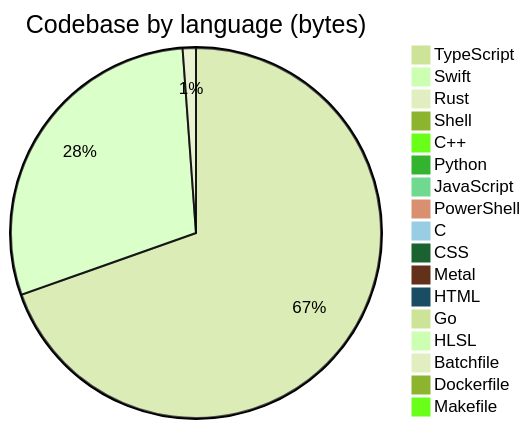
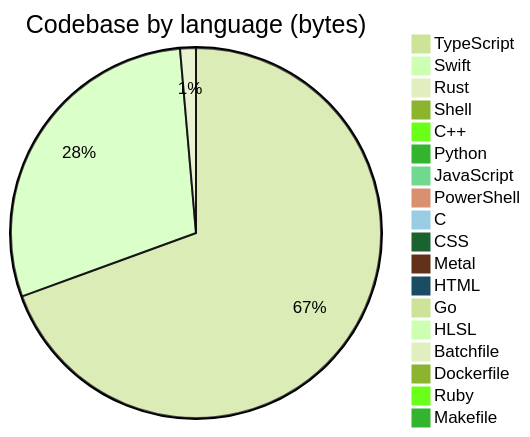
The diagram in profile/README.md (Open330/.github), drawn with Mermaid (forest theme) before and after one commit. The commit also changed other lines of this file, not shown here.

````diff
--- a/profile/README.md
+++ b/profile/README.md
@@ -125,20 +127,21 @@
 ```mermaid
 pie title Codebase by language (bytes)
-    "TypeScript" : 33953339
-    "Swift" : 14272455
-    "Rust" : 564190
+    "TypeScript" : 33986968
+    "Swift" : 14281013
+    "Rust" : 676113
     "Shell" : 449778
     "C++" : 388775
     "Python" : 296261
-    "JavaScript" : 206738
+    "JavaScript" : 212734
     "PowerShell" : 128198
     "C" : 114143
-    "CSS" : 77784
+    "CSS" : 77881
     "Metal" : 33033
     "HTML" : 31957
     "Go" : 22811
     "HLSL" : 7527
     "Batchfile" : 5870
     "Dockerfile" : 4893
+    "Ruby" : 1554
     "Makefile" : 1150
 ```
````
